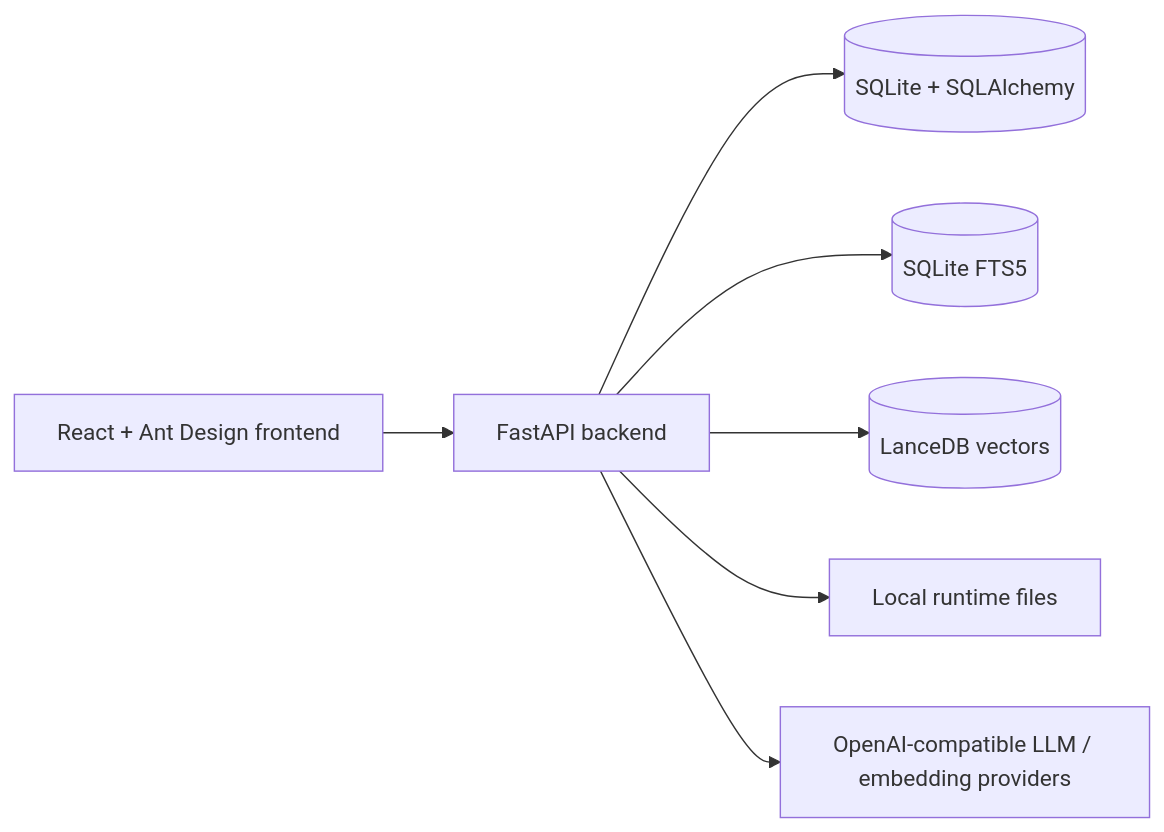
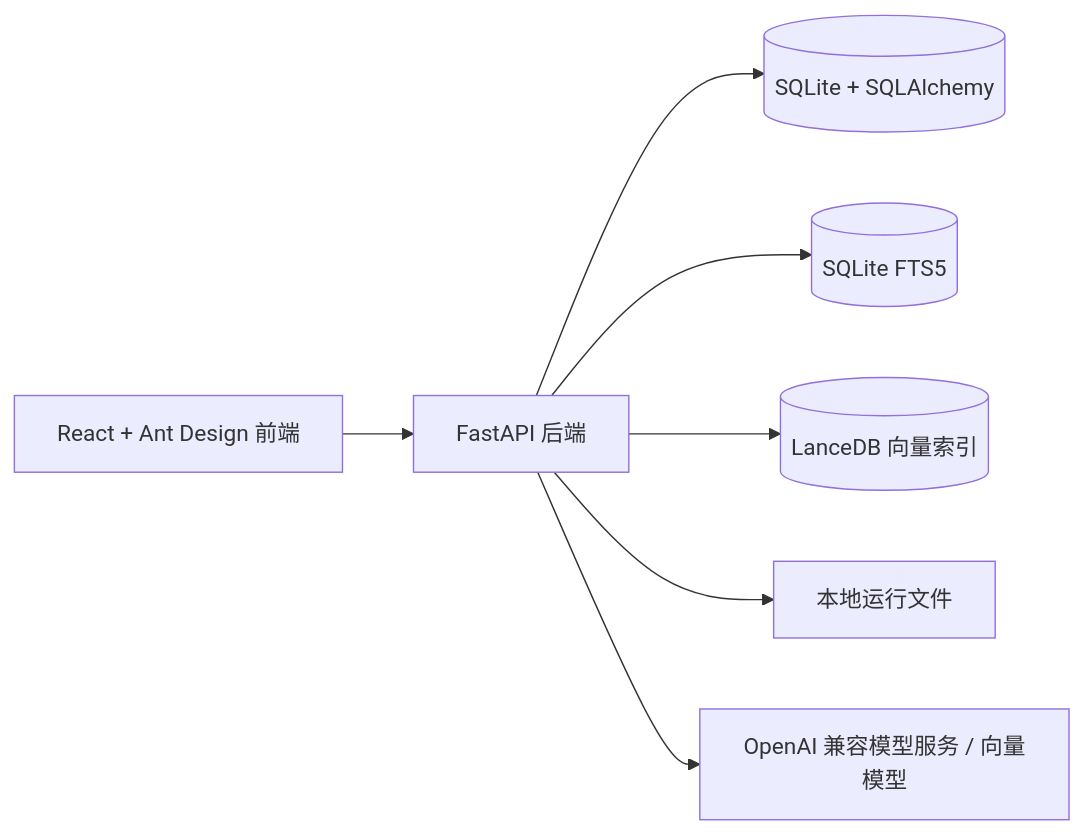
One commit to GeoSyntax/idl-rag changed the diagram in README.md. Above: the diagram before and after it, drawn with Mermaid. The commit also changed other lines of this file and 2 other files, not shown here.

````diff
--- a/README.md
+++ b/README.md
@@ -172,9 +172,9 @@
 ```mermaid
 flowchart LR
-  UI[React + Ant Design frontend] --> API[FastAPI backend]
+  UI[React + Ant Design 前端] --> API[FastAPI 后端]
   API --> DB[(SQLite + SQLAlchemy)]
   API --> FTS[(SQLite FTS5)]
-  API --> VEC[(LanceDB vectors)]
-  API --> FS[Local runtime files]
-  API --> LLM[OpenAI-compatible LLM / embedding providers]
+  API --> VEC[(LanceDB 向量索引)]
+  API --> FS[本地运行文件]
+  API --> LLM[OpenAI 兼容模型服务 / 向量模型]
 ```
````
